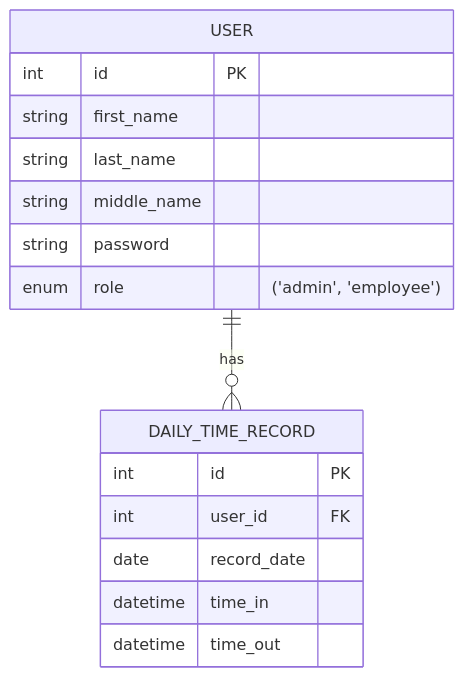
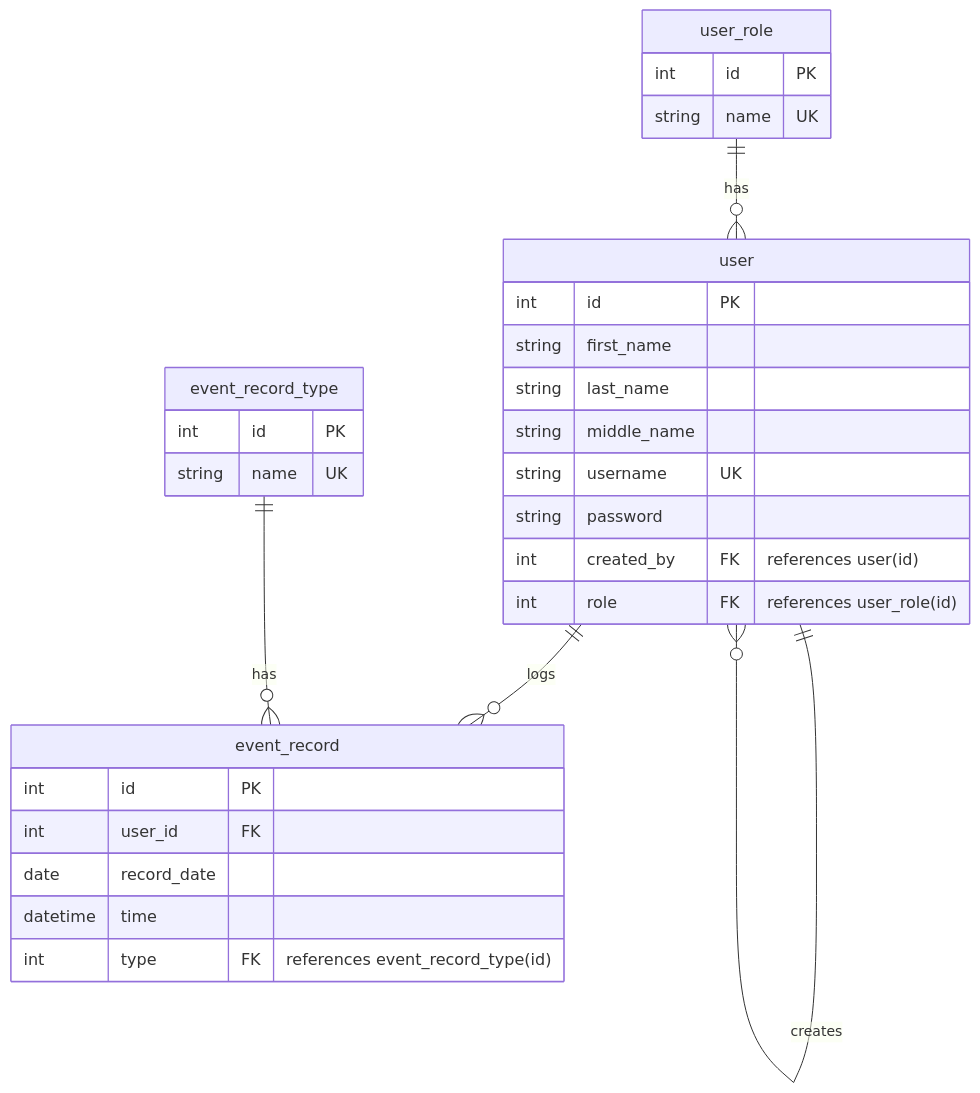
Before and after one commit to TheoDrHashiriya/daily-time-record: the diagram in README.md, drawn with Mermaid. The commit also changed other lines of this file, not shown here.

Commit message:
overhauled README to reflect massive changes in CRUD access and database design

````diff
--- a/README.md
+++ b/README.md
@@ -18,21 +20,37 @@
 ```mermaid
 erDiagram
-USER{
+user{
 int id PK
 string first_name
 string last_name
 string middle_name
+string username UK
 string password
-enum role "('admin', 'employee')"
+int created_by FK "references user(id)"
+int role FK "references user_role(id)"
 }
 
-DAILY_TIME_RECORD{
+user_role{
+int id PK
+string name UK
+}
+
+event_record{
 int id PK
 int user_id FK
 date record_date
-datetime time_in
-datetime time_out
+datetime time
+int type FK "references event_record_type(id)"
 }
 
-USER||--o{DAILY_TIME_RECORD:"has"
+event_record_type{
+int id PK
+string name UK
+}
+
+user||--o{user:"creates"
+user_role||--o{user:"has"
+
+user||--o{event_record:"logs"
+event_record_type||--o{event_record:"has"
 ```
````
